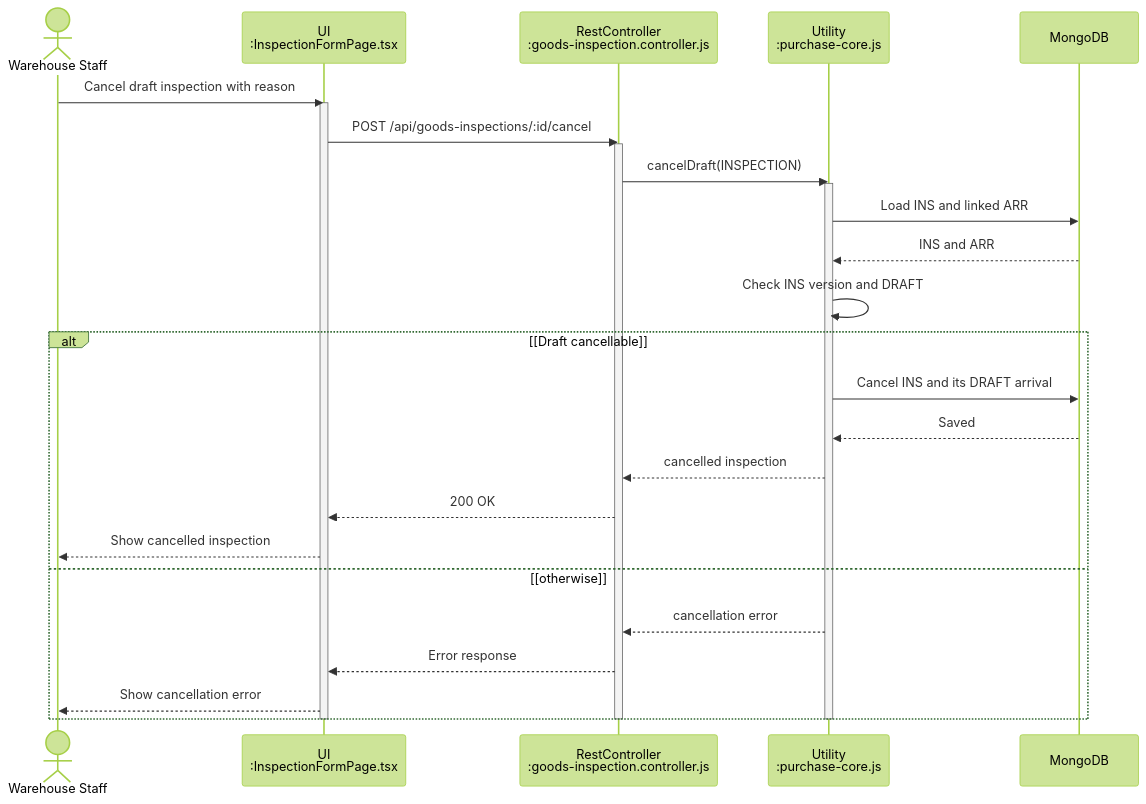
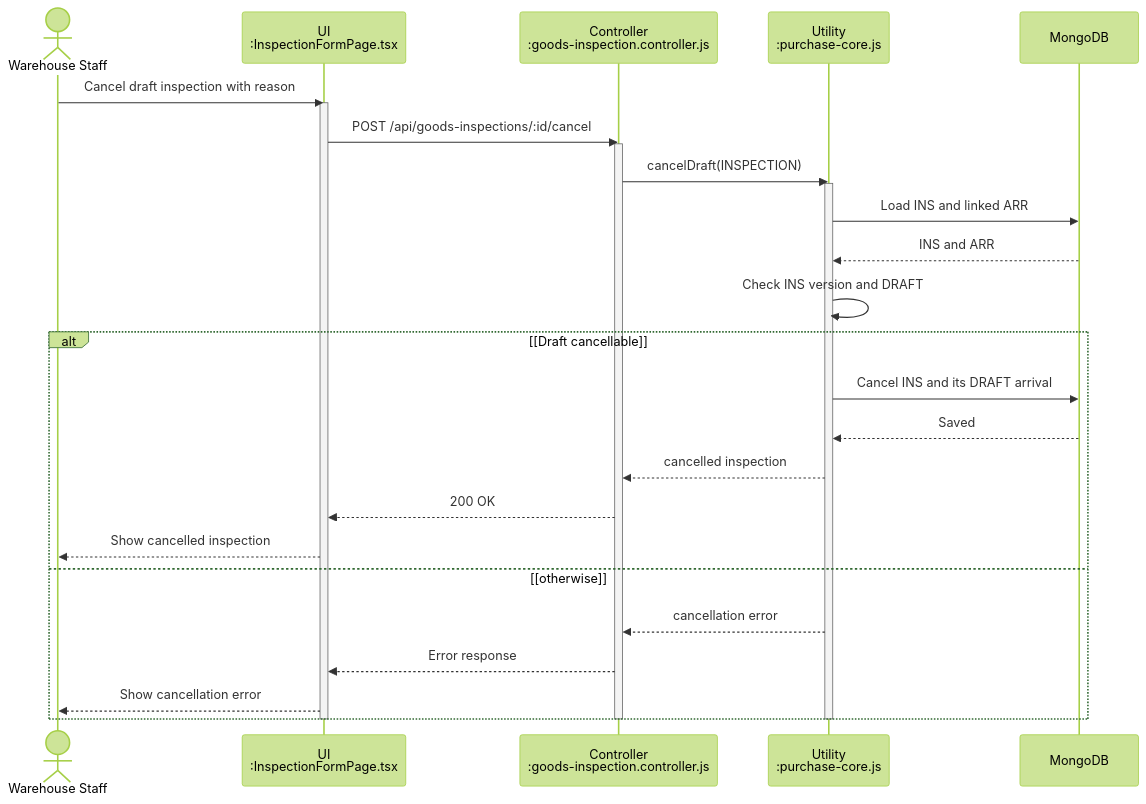
Before and after one commit to bupbalabup/wmsd_be: diagram 19 of 46 in git_doc/docs/01_bao_cao/WMSD_Report4_Draft.md, drawn with Mermaid (forest theme). The commit also changed other lines of this file and 6 other files, not shown here.

First line of the commit message:
feat: update WMSD_BF01_Diagrams_Review to reflect 26 diagrams and enhance clarity on Purchase Receipt processes

````diff
--- a/git_doc/docs/01_bao_cao/WMSD_Report4_Draft.md
+++ b/git_doc/docs/01_bao_cao/WMSD_Report4_Draft.md
@@ -1336,31 +1336,31 @@
 ```mermaid
 sequenceDiagram
   actor X as Warehouse Staff
   participant U as UI<br/>:InspectionFormPage.tsx
-  participant A as RestController<br/>:goods-inspection.controller.js
+  participant A as Controller<br/>:goods-inspection.controller.js
   participant S as Utility<br/>:purchase-core.js
   participant D as MongoDB
   X->>U: Cancel draft inspection with reason
   activate U
   U->>A: POST /api/goods-inspections/:id/cancel
   activate A
   A->>S: cancelDraft(INSPECTION)
   activate S
   S->>D: Load INS and linked ARR
   D-->>S: INS and ARR
   S->>S: Check INS version and DRAFT
   alt [Draft cancellable]
     S->>D: Cancel INS and its DRAFT arrival
     D-->>S: Saved
     S-->>A: cancelled inspection
     A-->>U: 200 OK
     U-->>X: Show cancelled inspection
   else [otherwise]
     S-->>A: cancellation error
     A-->>U: Error response
     U-->>X: Show cancellation error
   end
   deactivate S
   deactivate A
   deactivate U
 ```
````
